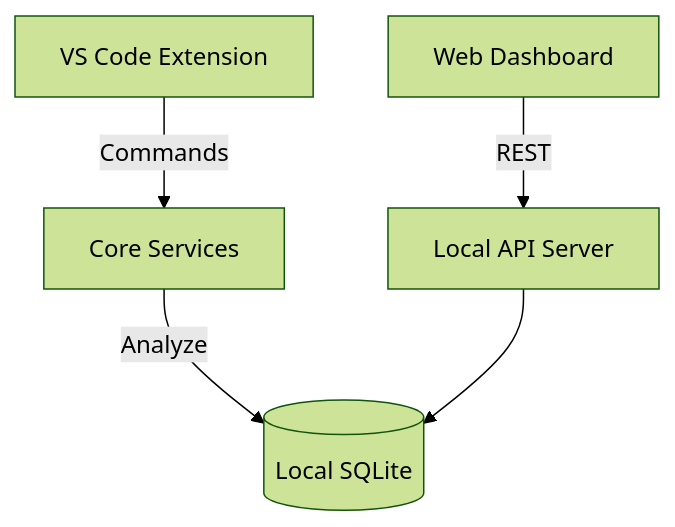
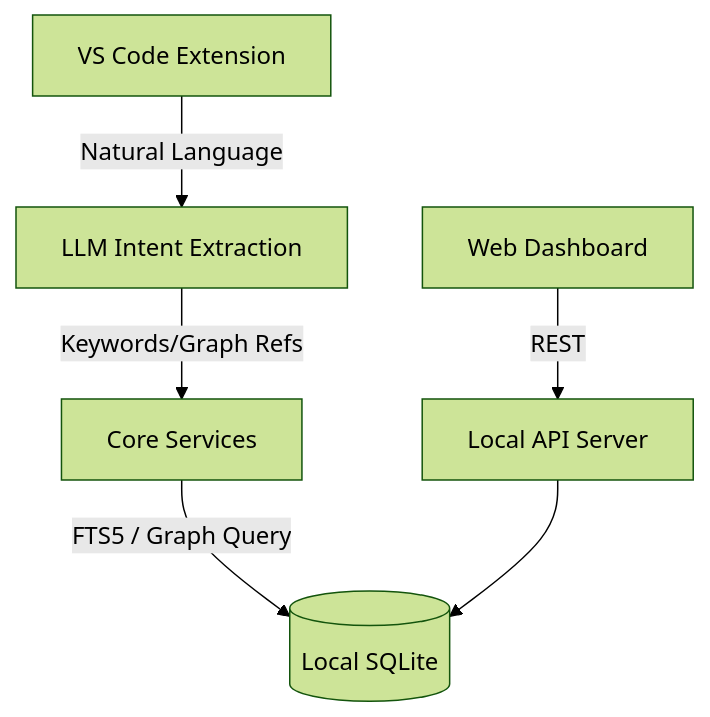
Before and after one commit to dyphn1/Docuvia: the diagram in docs/gitbook/roadmap/features/natural-language-ui.md, drawn with Mermaid (forest theme). The commit also changed other lines of this file and 46 other files, not shown here.

First line of the commit message:
docs(architecture): expand roadmap and update architecture records

````diff
--- a/docs/gitbook/roadmap/features/natural-language-ui.md
+++ b/docs/gitbook/roadmap/features/natural-language-ui.md
@@ -15,7 +20,8 @@
 ```mermaid
 graph TD
-    VSC[VS Code Extension] --> |Commands| Core[Core Services]
+    VSC[VS Code Extension] --> |Natural Language| Intent[LLM Intent Extraction]
     UI[Web Dashboard] --> |REST| API[Local API Server]
-    Core --> |Analyze| DB[(Local SQLite)]
+    Intent --> |Keywords/Graph Refs| Core[Core Services]
+    Core --> |FTS5 / Graph Query| DB[(Local SQLite)]
     API --> DB
 ```
````
